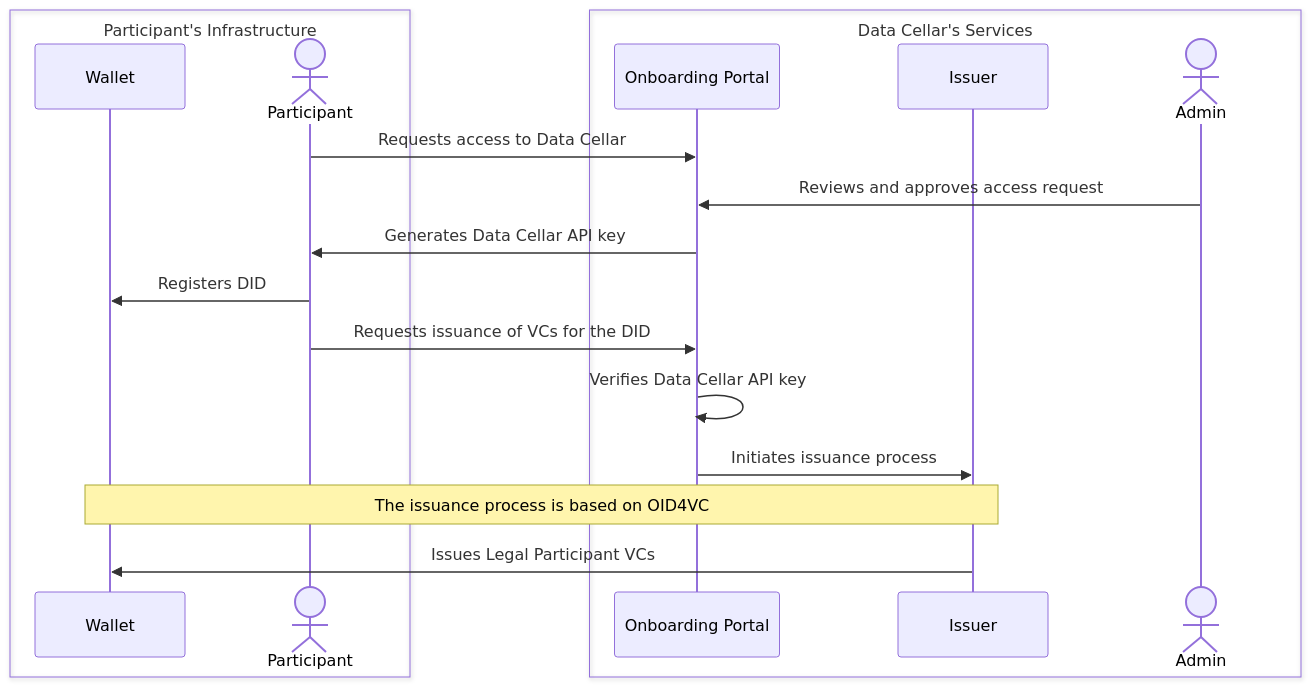
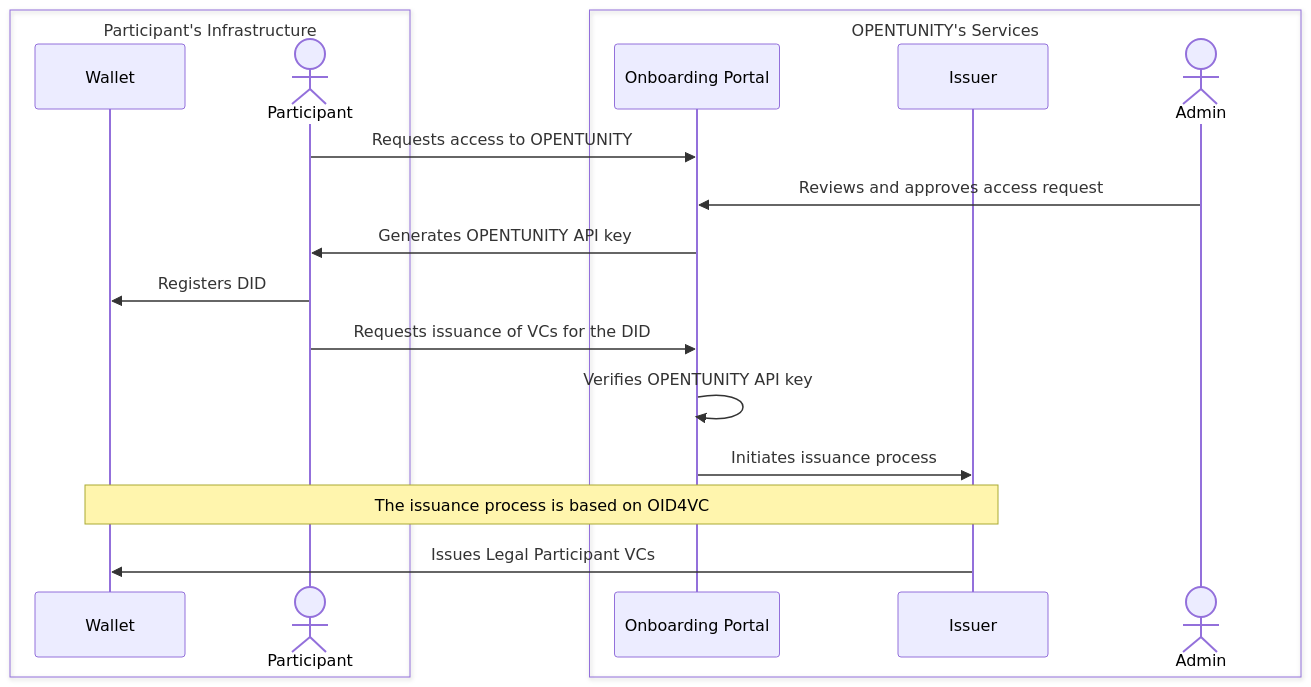
One commit to m-vassiliadis/ot-participant-template changed the diagram in README.md. Above: the diagram before and after it, drawn with Mermaid. The commit also changed other lines of this file and 18 other files, not shown here.

````diff
--- a/README.md
+++ b/README.md
@@ -49,21 +49,21 @@
 ```mermaid
 sequenceDiagram
     box Participant's Infrastructure
     participant PWALL as Wallet
     actor PART as Participant
     end
-    box Data Cellar's Services
+    box OPENTUNITY's Services
     participant ONB as Onboarding Portal
     participant ISS as Issuer
     actor ADM as Admin
     end
-    PART->>ONB: Requests access to Data Cellar
+    PART->>ONB: Requests access to OPENTUNITY
     ADM->>ONB: Reviews and approves access request
-    ONB->>PART: Generates Data Cellar API key
+    ONB->>PART: Generates OPENTUNITY API key
     PART->>PWALL: Registers DID
     PART->>ONB: Requests issuance of VCs for the DID
-    ONB->>ONB: Verifies Data Cellar API key
+    ONB->>ONB: Verifies OPENTUNITY API key
     ONB->>ISS: Initiates issuance process
     Note over ISS, PWALL: The issuance process is based on OID4VC
     ISS->>PWALL: Issues Legal Participant VCs
 ```
````
